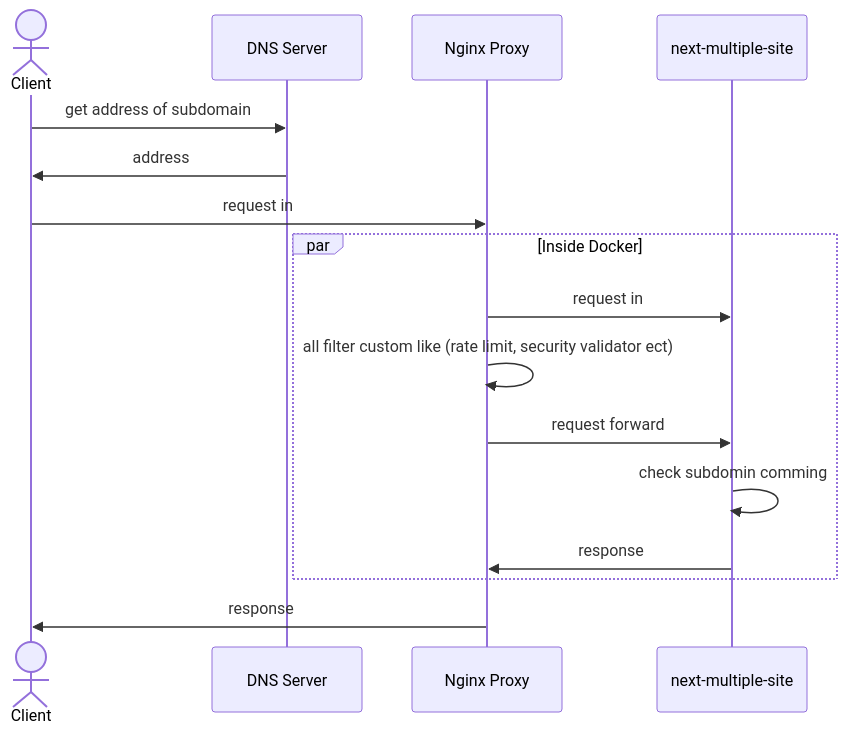
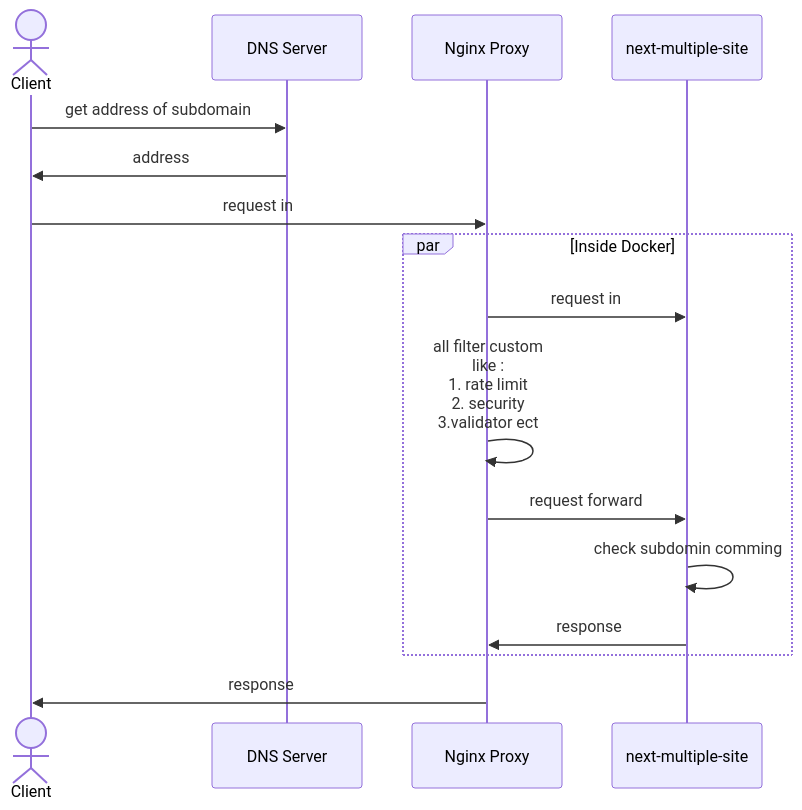
Before and after one commit to geraldsamosir/next-js-multiple-site: the diagram in README.md, drawn with Mermaid.

Commit message:
chore(readme): docker app flow

````diff
--- a/README.md
+++ b/README.md
@@ -20,15 +20,15 @@
 ```mermaid
   sequenceDiagram
     actor Client
     Client ->> DNS Server: get address of subdomain
     DNS Server ->> Client: address
     Client ->> Nginx Proxy : request in
     par Inside Docker
         Nginx Proxy ->> next-multiple-site: request in
-        Nginx Proxy ->> Nginx Proxy: all filter custom like (rate limit, security validator ect)
+        Nginx Proxy ->> Nginx Proxy: all filter custom <br>like :<br> 1. rate limit <br> 2. security<br> 3.validator ect
         Nginx Proxy ->> next-multiple-site: request forward
         next-multiple-site ->> next-multiple-site: check subdomin comming
         next-multiple-site ->> Nginx Proxy: response
     end
     Nginx Proxy ->> Client: response
 ```
````
